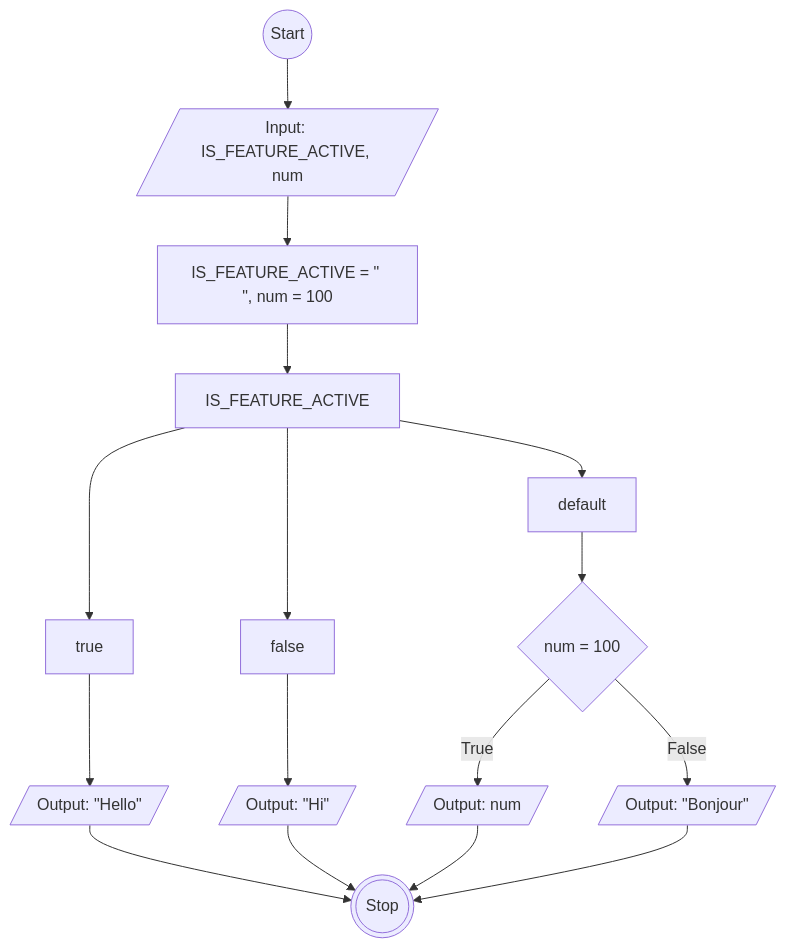
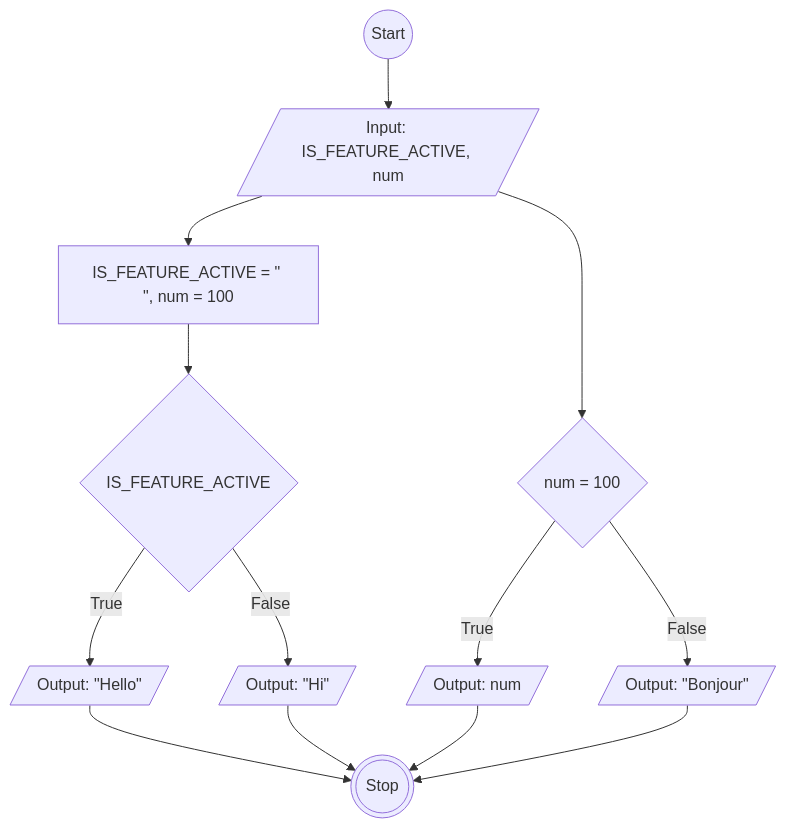
Before and after one commit to Vincentius31/koda-b6-javascript1: the diagram in flowchart-switch.md, drawn with Mermaid.

````diff
--- a/flowchart-switch.md
+++ b/flowchart-switch.md
@@ -1,23 +1,20 @@
 ```mermaid
 flowchart TD
 idStart((Start))
 idInput[/Input: IS_FEATURE_ACTIVE, num/]
 idProcess[IS_FEATURE_ACTIVE = #quot; #quot;, num = 100]
-idSwitch[IS_FEATURE_ACTIVE]
-idCaseTrue[true]
+idSwitch{IS_FEATURE_ACTIVE}
 idOutputTrue[/Output: #quot;Hello#quot;/]
-idCaseFalse[false]
 idOutputFalse[/Output: #quot;Hi#quot;/]
-idDefault[default]
 kondisiDefault{num = 100}
 kondisiDefaultTrue[/Output: num/]
 kondisiDefaultFalse[/Output: #quot;Bonjour#quot;/]
 idStop(((Stop)))
 
 idStart --> idInput --> idProcess --> idSwitch
-idSwitch --> idCaseTrue --> idOutputTrue --> idStop
-idSwitch --> idCaseFalse --> idOutputFalse --> idStop
-idSwitch --> idDefault --> kondisiDefault
+idSwitch -- True --> idOutputTrue --> idStop
+idSwitch -- False --> idOutputFalse --> idStop
+idInput --> kondisiDefault
 kondisiDefault -- True --> kondisiDefaultTrue --> idStop
 kondisiDefault -- False --> kondisiDefaultFalse --> idStop
 ```
````
